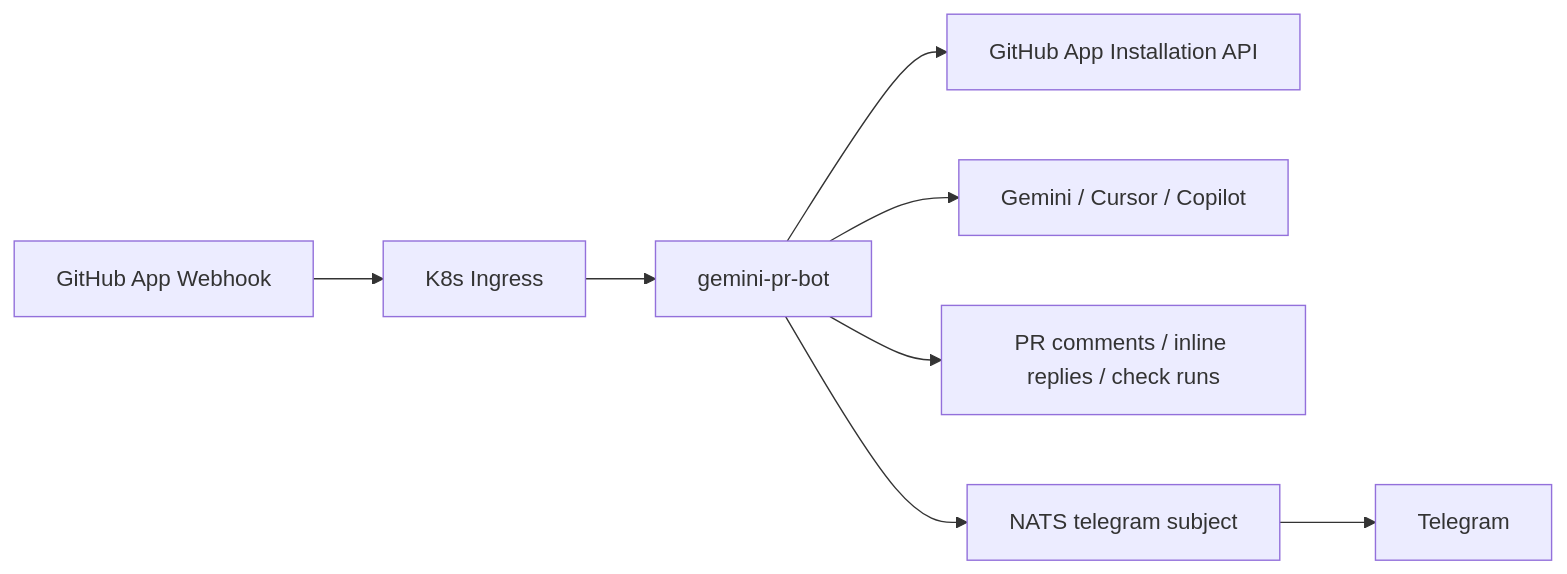
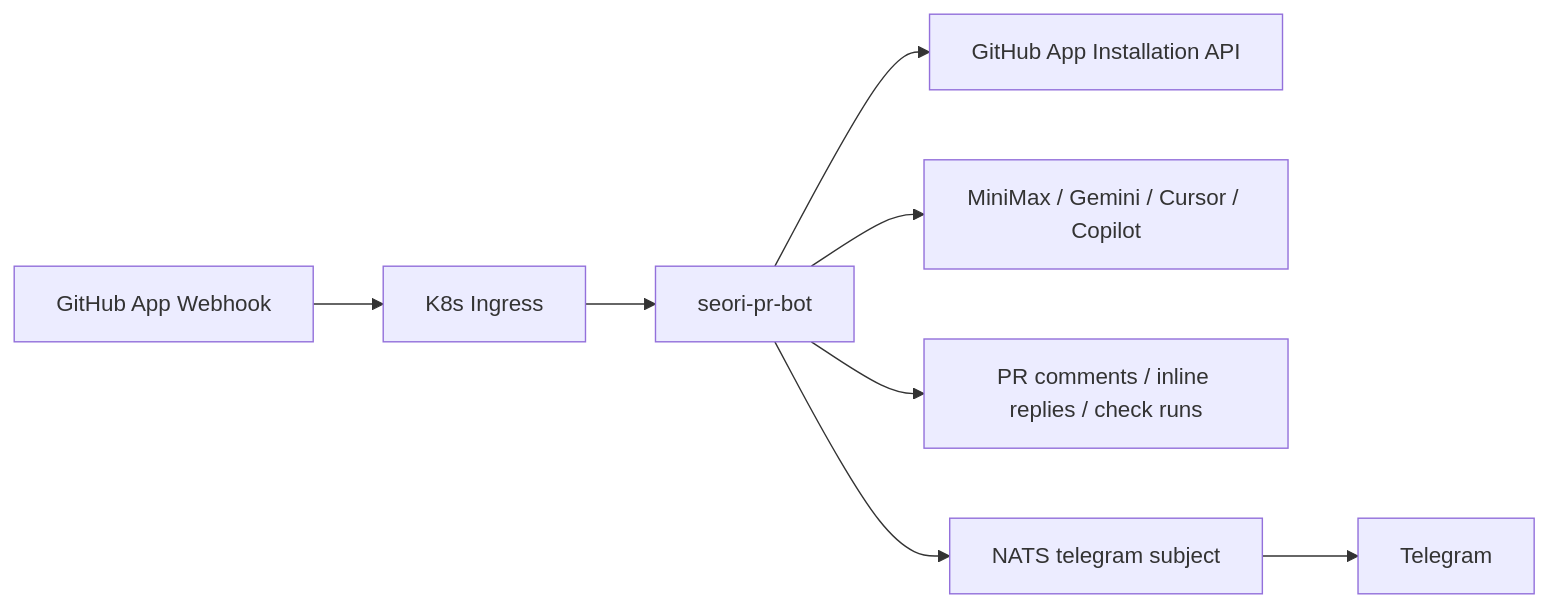
Before and after one commit to seorilabs/gemini-pr-bot: the first of 4 diagrams in README.md, drawn with Mermaid. The commit also changed other lines of this file and 20 other files, not shown here.

First line of the commit message:
Seori PR Bot 리네임 + MiniMax M3 코드리뷰 프로바이더 1차 도입

````diff
--- a/README.md
+++ b/README.md
@@ -5,10 +5,10 @@
 ```mermaid
 flowchart LR
   GitHub["GitHub App Webhook"] --> Ingress["K8s Ingress"]
-  Ingress --> Bot["gemini-pr-bot"]
+  Ingress --> Bot["seori-pr-bot"]
   Bot --> GitHubAPI["GitHub App Installation API"]
-  Bot --> Providers["Gemini / Cursor / Copilot"]
+  Bot --> Providers["MiniMax / Gemini / Cursor / Copilot"]
   Bot --> Comment["PR comments / inline replies / check runs"]
   Bot --> NATS["NATS telegram subject"]
   NATS --> Telegram["Telegram"]
 ```
````
